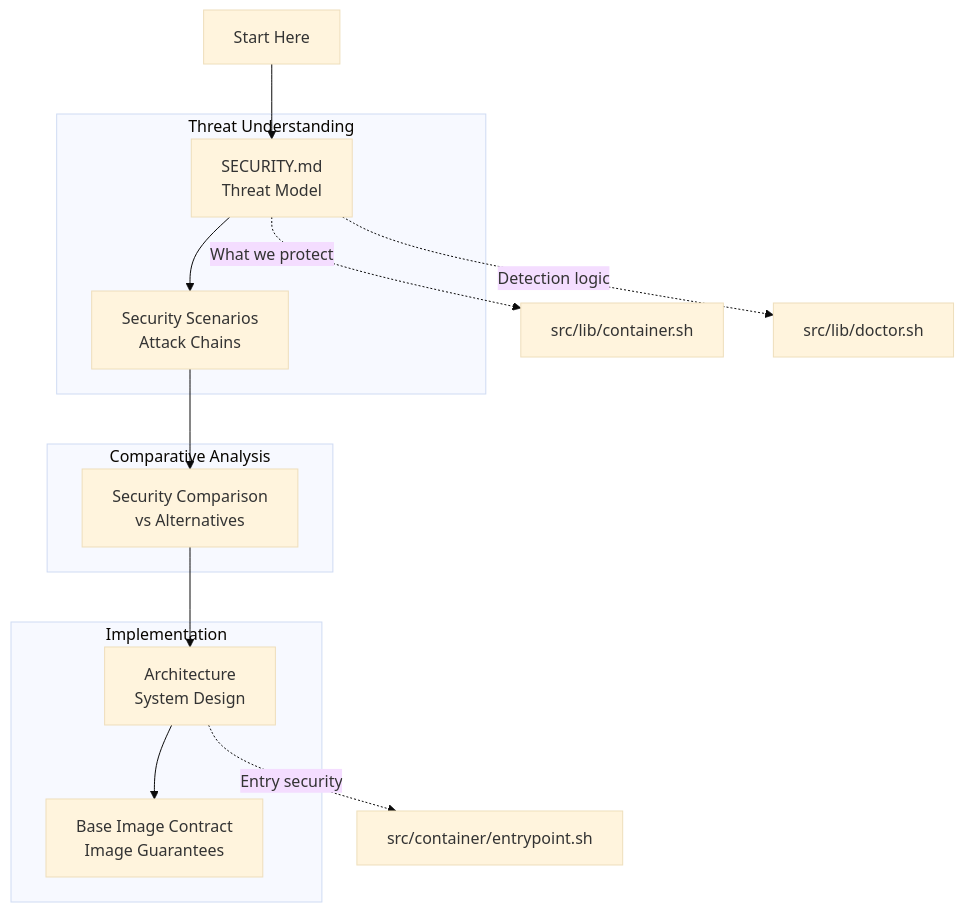
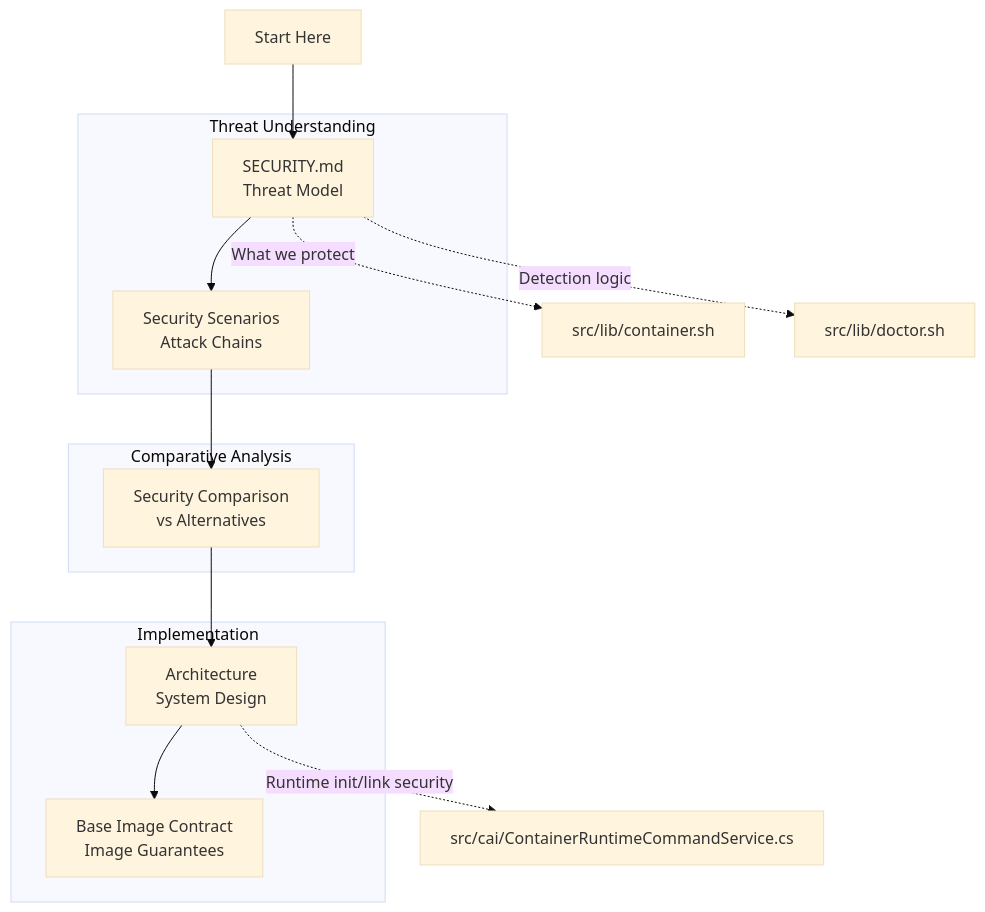
The diagram in docs/for-security-auditors.md (novotnyllc/ContainAI), drawn with Mermaid before and after one commit. The commit also changed other lines of this file and 29 other files, not shown here.

Commit message:
feat(system): replace container runtime shell scripts with native cai commands

````diff
--- a/docs/for-security-auditors.md
+++ b/docs/for-security-auditors.md
@@ -23,35 +23,35 @@
 ```mermaid
 %%{init: {'theme': 'base'}}%%
 flowchart TD
 
     START["Start Here"]
     SM["SECURITY.md<br/>Threat Model"]
     SS["Security Scenarios<br/>Attack Chains"]
     SC["Security Comparison<br/>vs Alternatives"]
     ARCH["Architecture<br/>System Design"]
     BIC["Base Image Contract<br/>Image Guarantees"]
 
     START --> SM
     SM --> SS
     SS --> SC
     SC --> ARCH
     ARCH --> BIC
 
     subgraph threat["Threat Understanding"]
         SM
         SS
     end
 
     subgraph comparison["Comparative Analysis"]
         SC
     end
 
     subgraph implementation["Implementation"]
         ARCH
         BIC
     end
 
     SM -.->|"What we protect"| SRC1["src/lib/container.sh"]
     SM -.->|"Detection logic"| SRC2["src/lib/doctor.sh"]
-    ARCH -.->|"Entry security"| SRC3["src/container/entrypoint.sh"]
+    ARCH -.->|"Runtime init/link security"| SRC3["src/cai/ContainerRuntimeCommandService.cs"]
 ```
````
